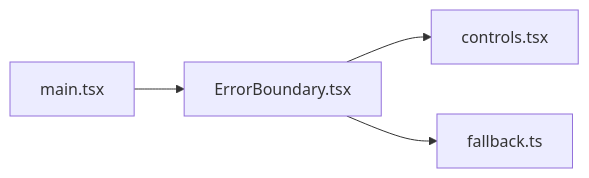
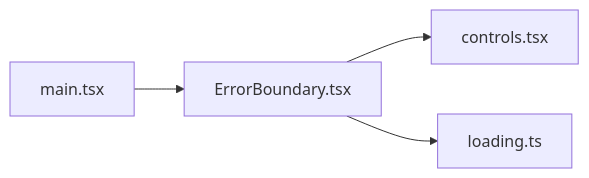
The diagram in .cluedoc/graph/frontend/src/components/ErrorBoundary.md (minkong-dev/Banblit), drawn with Mermaid before and after one commit. The commit also changed other lines of this file and 78 other files, not shown here.

Commit message:
frontend: merge single-function files into Board, Profile, Search, controls, loading and pipeline

````diff
--- a/.cluedoc/graph/frontend/src/components/ErrorBoundary.md
+++ b/.cluedoc/graph/frontend/src/components/ErrorBoundary.md
@@ -10,7 +10,7 @@
 ```mermaid
 flowchart LR
   frontend_src_components_ErrorBoundary["ErrorBoundary.tsx"]
   frontend_src_components_ErrorBoundary --> frontend_src_components_controls["controls.tsx"]
-  frontend_src_components_ErrorBoundary --> frontend_src_lib_fallback["fallback.ts"]
+  frontend_src_components_ErrorBoundary --> frontend_src_lib_loading["loading.ts"]
   frontend_src_main["main.tsx"] --> frontend_src_components_ErrorBoundary
 ```
````
